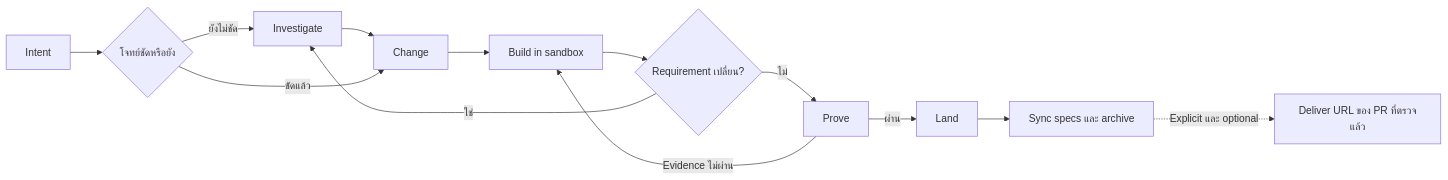
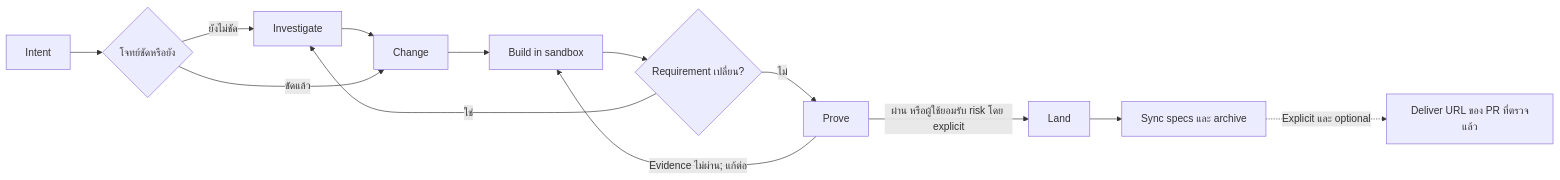
Before and after one commit to Maximumsoft-Co-LTD/claude-foundation: the diagram in README.th.md, drawn with Mermaid. The commit also changed other lines of this file and 33 other files, not shown here.

Commit message:
feat(harness): honor explicit land authority

````diff
--- a/README.th.md
+++ b/README.th.md
@@ -395,15 +396,15 @@
 ```mermaid
 flowchart LR
     I[Intent] --> Q{โจทย์ชัดหรือยัง}
     Q -- ยังไม่ชัด --> X[Investigate]
     X --> C[Change]
     Q -- ชัดแล้ว --> C
     C --> B[Build in sandbox]
     B --> D{Requirement เปลี่ยน?}
     D -- ใช่ --> X
     D -- ไม่ --> P[Prove]
-    P -- Evidence ไม่ผ่าน --> B
-    P -- ผ่าน --> L[Land]
+    P -- Evidence ไม่ผ่าน; แก้ต่อ --> B
+    P -- ผ่าน หรือผู้ใช้ยอมรับ risk โดย explicit --> L[Land]
     L --> A[Sync specs และ archive]
     A -. Explicit และ optional .-> R[Deliver URL ของ PR ที่ตรวจแล้ว]
 ```
````
